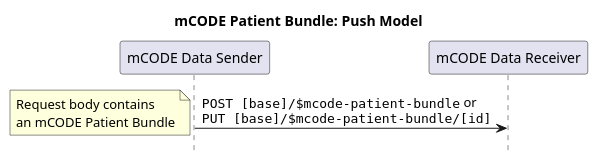
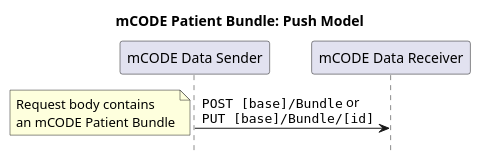
The diagram in input/images-source/mcode-patient-bundle-push.puml (HL7/fhir-mCODE-ig), drawn with PlantUML before and after one commit. The commit also changed 5 other files, not shown here.

```diff
--- a/input/images-source/mcode-patient-bundle-push.puml
+++ b/input/images-source/mcode-patient-bundle-push.puml
@@ -1,15 +1,15 @@
 @startuml
 skinparam defaultFontName Arial
 
 title mCODE Patient Bundle: Push Model
 hide footbox
 participant "mCODE Data Sender" as Sender
 participant "mCODE Data Receiver" as Receiver
 
-"Sender" -> "Receiver" : ""POST [base]/$mcode-patient-bundle"" or\n""PUT [base]/$mcode-patient-bundle/[id]""
+"Sender" -> "Receiver" : ""POST [base]/Bundle"" or\n""PUT [base]/Bundle/[id]""
 note left
 Request body contains
 an mCODE Patient Bundle
 end note
 
 @enduml
```
